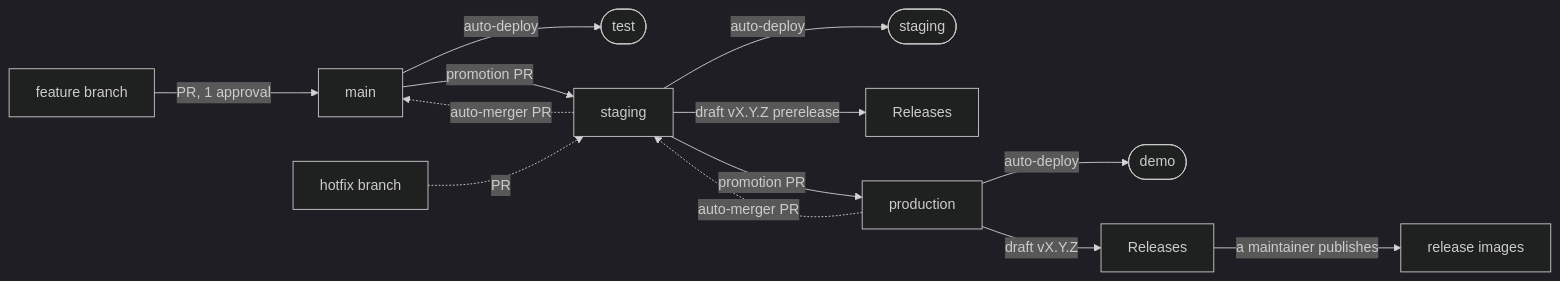
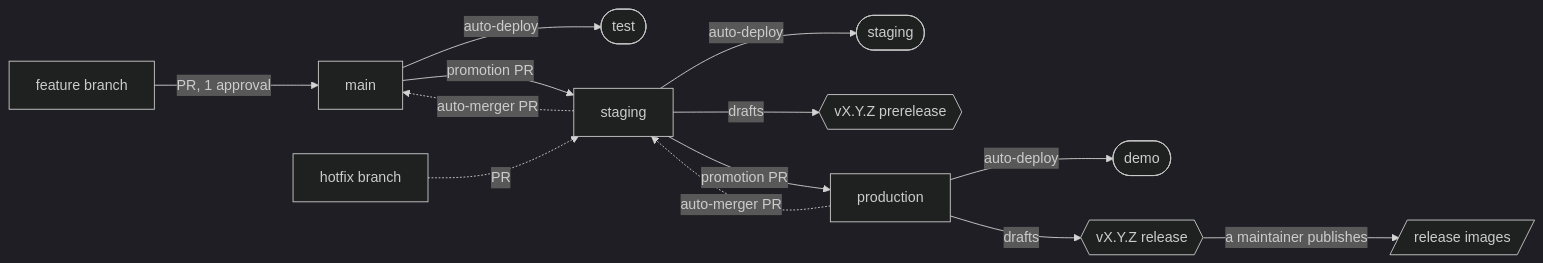
Before and after one commit to samvera/hyku: the diagram in docs/branching-and-releases.md, drawn with Mermaid (dark theme). The commit also changed other lines of this file, not shown here.

Commit message:
📚 Answer review notes on the branching doc
Draws releases as hexagons so they don't read as branches, explains what
ignore-for-release does and doesn't do, and says the needs-client-review
label is a knapsack step, not a Hyku one.

````diff
--- a/docs/branching-and-releases.md
+++ b/docs/branching-and-releases.md
@@ -5,15 +5,15 @@
 ```mermaid
 flowchart LR
   F["feature branch"] -->|"PR, 1 approval"| M["main"]
   M -->|"auto-deploy"| T(["test"])
   M -->|"promotion PR"| S["staging"]
   S -->|"auto-deploy"| SE(["staging"])
-  S -->|"draft vX.Y.Z prerelease"| R1["Releases"]
+  S -->|"drafts"| R1{{"vX.Y.Z prerelease"}}
   S -->|"promotion PR"| P["production"]
   P -->|"auto-deploy"| D(["demo"])
-  P -->|"draft vX.Y.Z"| R2["Releases"]
-  R2 -->|"a maintainer publishes"| I["release images"]
+  P -->|"drafts"| R2{{"vX.Y.Z release"}}
+  R2 -->|"a maintainer publishes"| I[/"release images"/]
   H["hotfix branch"] -.->|"PR"| S
   S -.->|"auto-merger PR"| M
   P -.->|"auto-merger PR"| S
 ```
````
